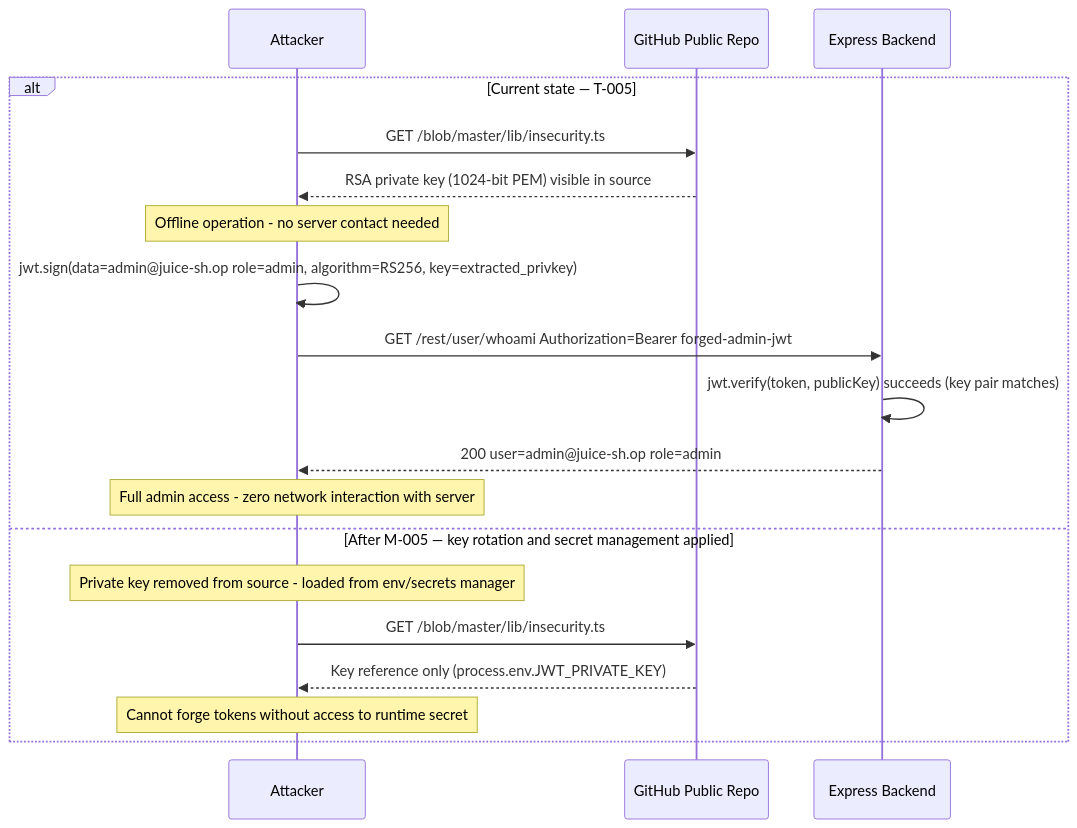
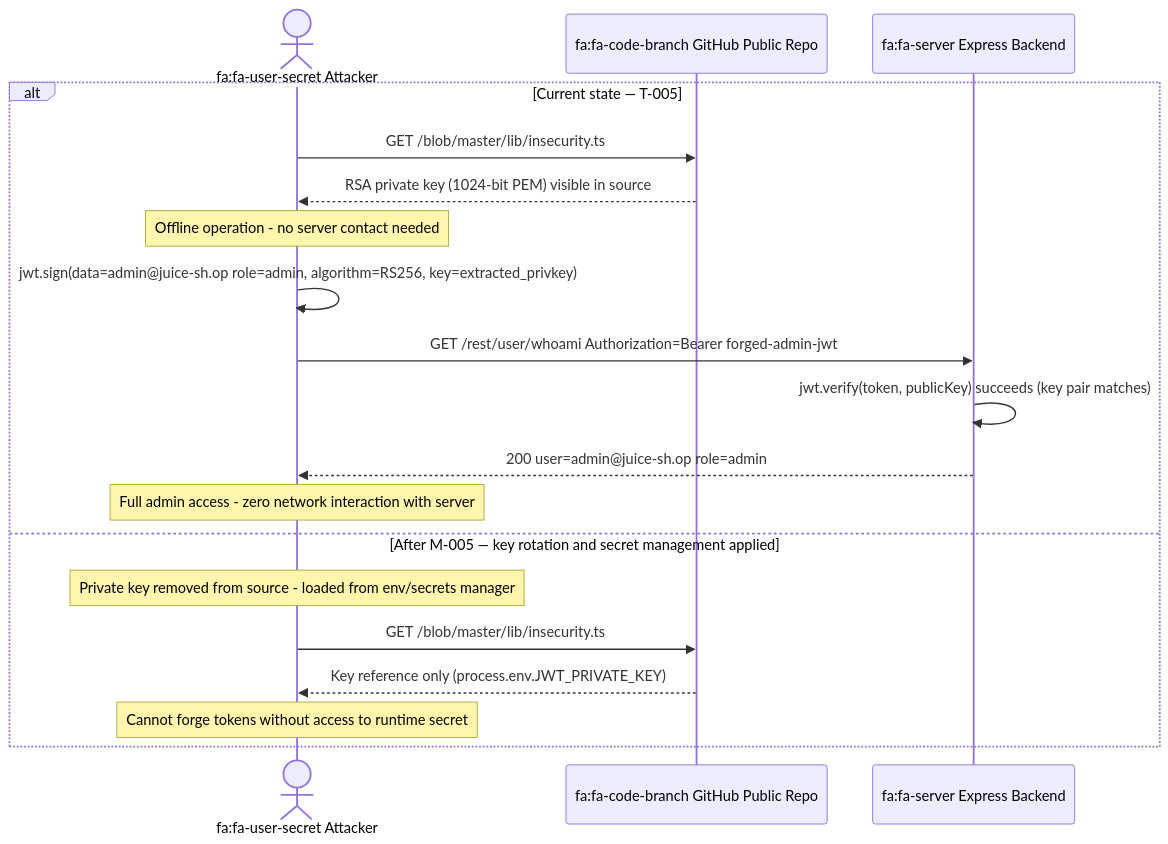
Before and after one commit to appsec-foundry/appsec-advisor: the tenth of 18 diagrams in examples/threat-modeler/threat-mode-juice-shop-standard.md, drawn with Mermaid. The commit also changed other lines of this file and 9 other files, not shown here.

Commit message:
mermaid diagrams improved

````diff
--- a/examples/threat-modeler/threat-mode-juice-shop-standard.md
+++ b/examples/threat-modeler/threat-mode-juice-shop-standard.md
@@ -780,22 +607,22 @@
 ```mermaid
 sequenceDiagram
-    participant ATK as Attacker
-    participant GH as GitHub Public Repo
-    participant API as Express Backend
+    actor ATK as fa:fa-user-secret Attacker
+    participant GH as fa:fa-code-branch GitHub Public Repo
+    participant API as fa:fa-server Express Backend
 
     alt Current state — T-005
         ATK->>GH: GET /blob/master/lib/insecurity.ts
         GH-->>ATK: RSA private key (1024-bit PEM) visible in source
         Note over ATK: Offline operation - no server contact needed
         ATK->>ATK: jwt.sign(data=admin@juice-sh.op role=admin, algorithm=RS256, key=extracted_privkey)
         ATK->>API: GET /rest/user/whoami Authorization=Bearer forged-admin-jwt
         API->>API: jwt.verify(token, publicKey) succeeds (key pair matches)
         API-->>ATK: 200 user=admin@juice-sh.op role=admin
         Note over ATK: Full admin access - zero network interaction with server
     else After M-005 — key rotation and secret management applied
         Note over ATK: Private key removed from source - loaded from env/secrets manager
         ATK->>GH: GET /blob/master/lib/insecurity.ts
         GH-->>ATK: Key reference only (process.env.JWT_PRIVATE_KEY)
         Note over ATK: Cannot forge tokens without access to runtime secret
     end
 ```
````
